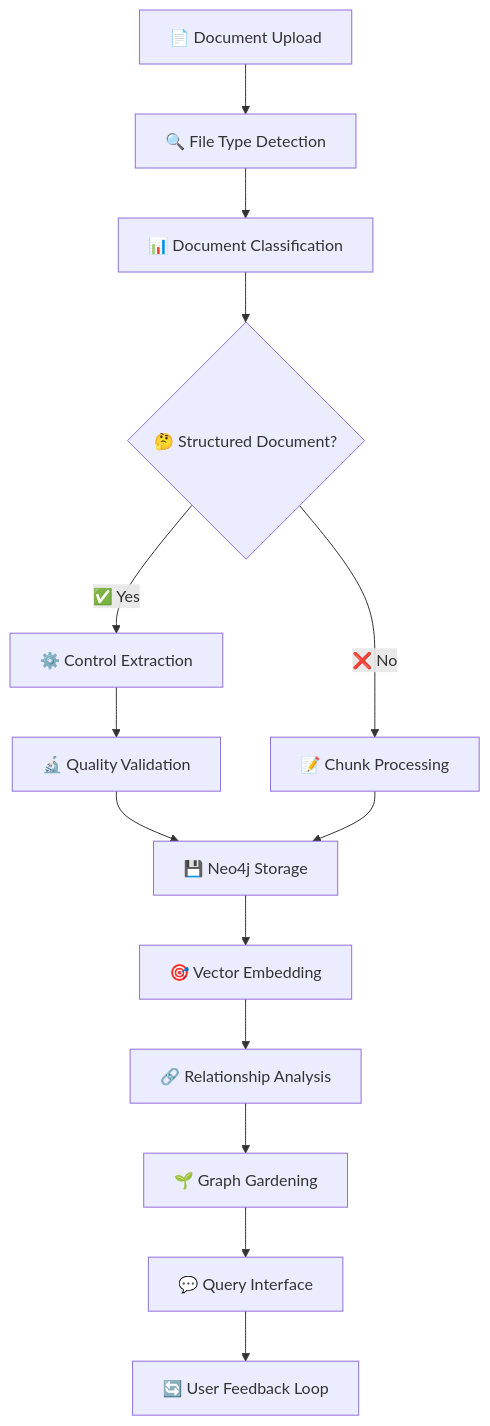
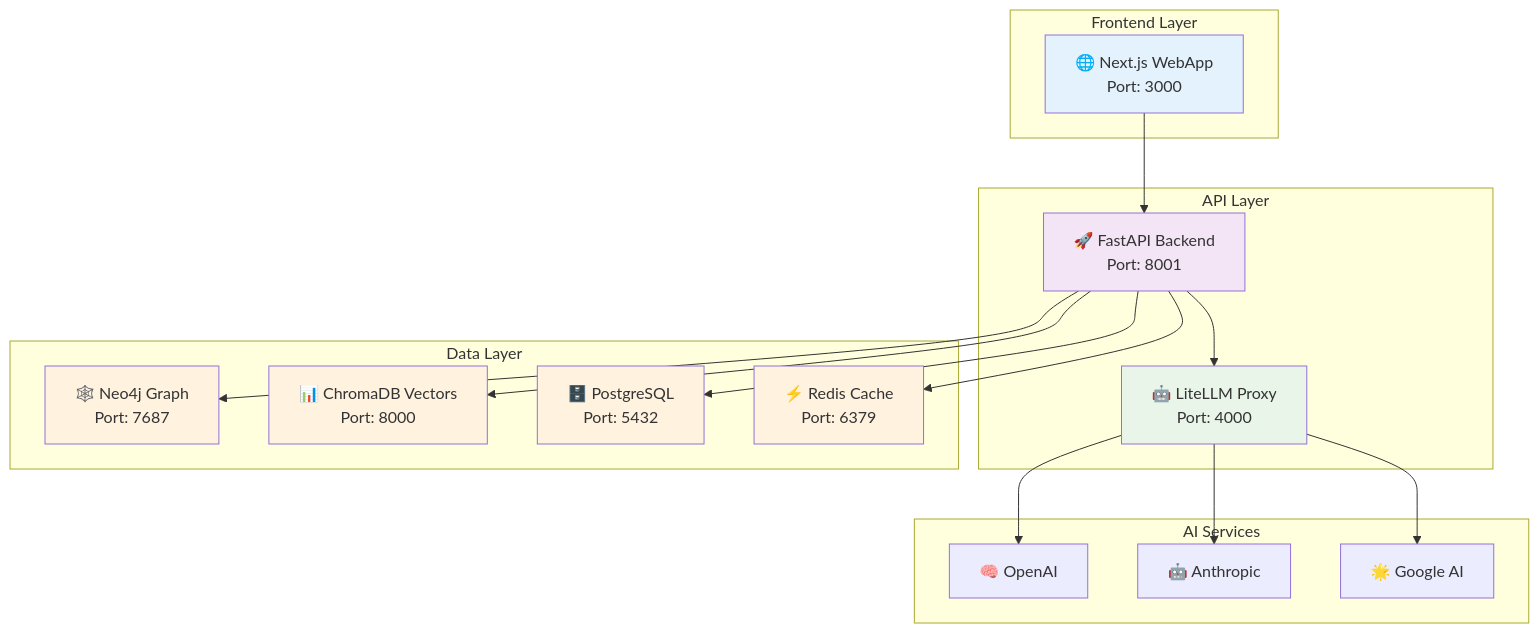
The second of 4 diagrams in docs/README.md (bneweling/neuronode), drawn with Mermaid before and after one commit. The commit also changed other lines of this file and 344 other files, not shown here.

````diff
--- a/docs/README.md
+++ b/docs/README.md
@@ -273,18 +61,42 @@
 ```mermaid
-graph TD
-    A[📄 Document Upload] --> B[🔍 File Type Detection]
-    B --> C[📊 Document Classification]
-    C --> D{🤔 Structured Document?}
+graph TB
+    subgraph "Frontend Layer"
+        A[🌐 Next.js WebApp<br/>Port: 3000]
+    end
     
-    D -->|✅ Yes| E[⚙️ Control Extraction]
-    D -->|❌ No| F[📝 Chunk Processing]
+    subgraph "API Layer"
+        B[🚀 FastAPI Backend<br/>Port: 8001]
+        C[🤖 LiteLLM Proxy<br/>Port: 4000]
+    end
     
-    E --> G[🔬 Quality Validation]
-    G --> H[💾 Neo4j Storage]
-    F --> H
-    H --> I[🎯 Vector Embedding]
-    I --> J[🔗 Relationship Analysis]
-    J --> K[🌱 Graph Gardening]
-    K --> L[💬 Query Interface]
-    L --> M[🔄 User Feedback Loop]
+    subgraph "Data Layer"
+        D[🕸️ Neo4j Graph<br/>Port: 7687]
+        E[📊 ChromaDB Vectors<br/>Port: 8000]
+        F[🗄️ PostgreSQL<br/>Port: 5432]
+        G[⚡ Redis Cache<br/>Port: 6379]
+    end
+    
+    subgraph "AI Services"
+        H[🧠 OpenAI]
+        I[🤖 Anthropic] 
+        J[🌟 Google AI]
+    end
+    
+    A --> B
+    B --> C
+    C --> H
+    C --> I
+    C --> J
+    B --> D
+    B --> E
+    B --> F
+    B --> G
+    
+    style A fill:#e3f2fd
+    style B fill:#f3e5f5  
+    style C fill:#e8f5e8
+    style D fill:#fff3e0
+    style E fill:#fff3e0
+    style F fill:#fff3e0
+    style G fill:#fff3e0
 ```
````
